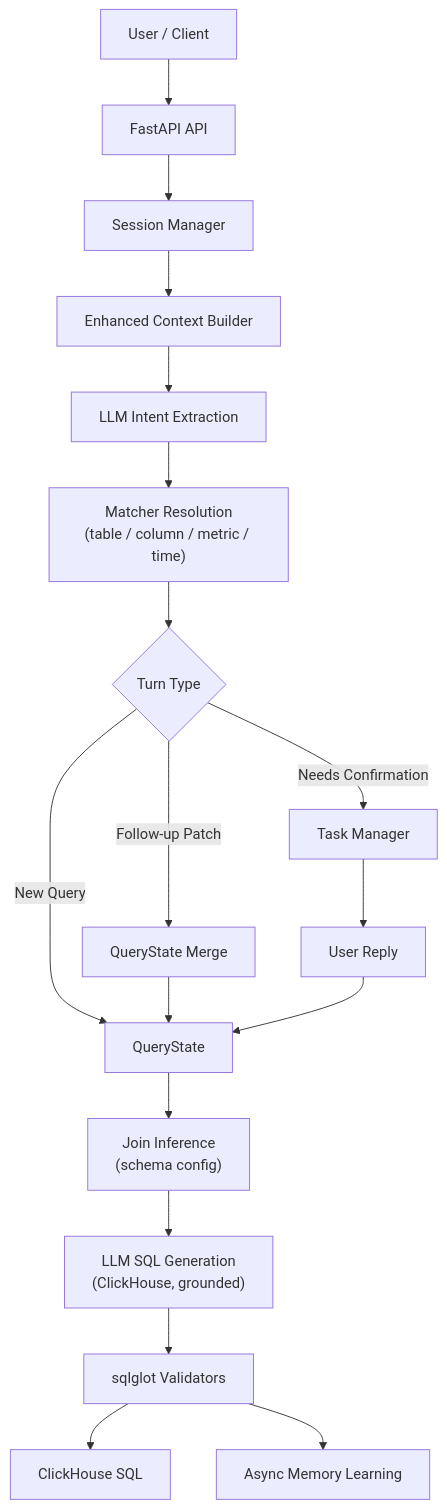
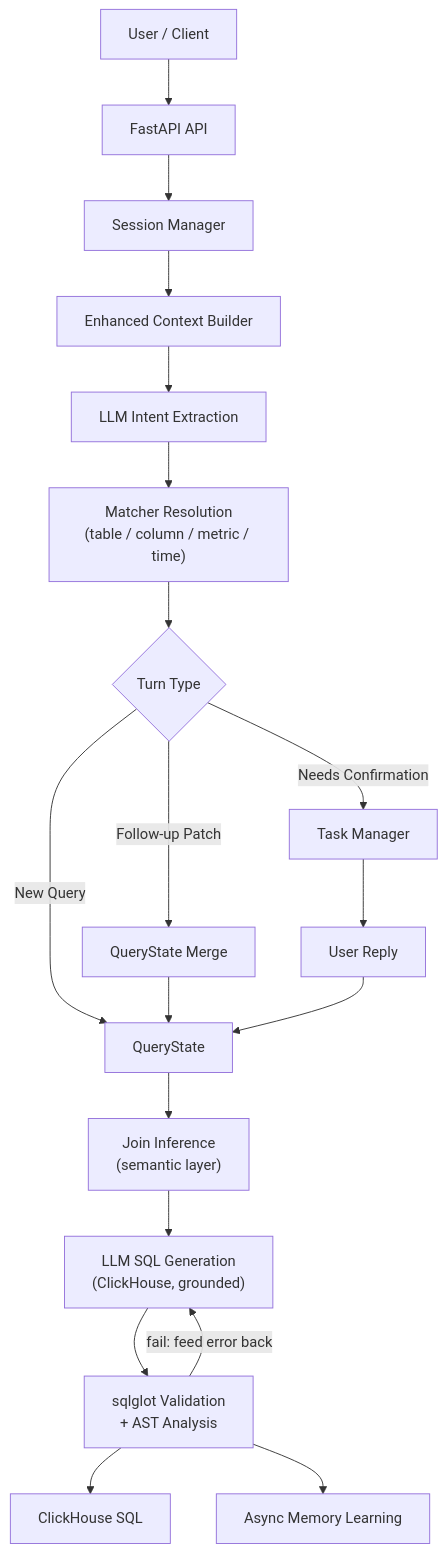
One commit to frankzh0330/query-agent changed the diagram in README.md. Above: the diagram before and after it, drawn with Mermaid. The commit also changed other lines of this file and 46 other files, not shown here.

````diff
--- a/README.md
+++ b/README.md
@@ -184,20 +186,21 @@
 ```mermaid
 flowchart TD
     User["User / Client"] --> API["FastAPI API"]
     API --> Session["Session Manager"]
     Session --> Context["Enhanced Context Builder"]
     Context --> L1["LLM Intent Extraction"]
     L1 --> Match["Matcher Resolution<br/>(table / column / metric / time)"]
     Match --> Turn{"Turn Type"}
     Turn -->|New Query| State["QueryState"]
     Turn -->|Follow-up Patch| Merge["QueryState Merge"]
     Merge --> State
     Turn -->|Needs Confirmation| Task["Task Manager"]
     Task --> Confirm["User Reply"]
     Confirm --> State
-    State --> Join["Join Inference<br/>(schema config)"]
+    State --> Join["Join Inference<br/>(semantic layer)"]
     Join --> Gen["LLM SQL Generation<br/>(ClickHouse, grounded)"]
-    Gen --> Validate["sqlglot Validators"]
+    Gen --> Validate["sqlglot Validation<br/>+ AST Analysis"]
+    Validate -->|fail: feed error back| Gen
     Validate --> Response["ClickHouse SQL"]
     Validate --> Memory["Async Memory Learning"]
 ```
````
